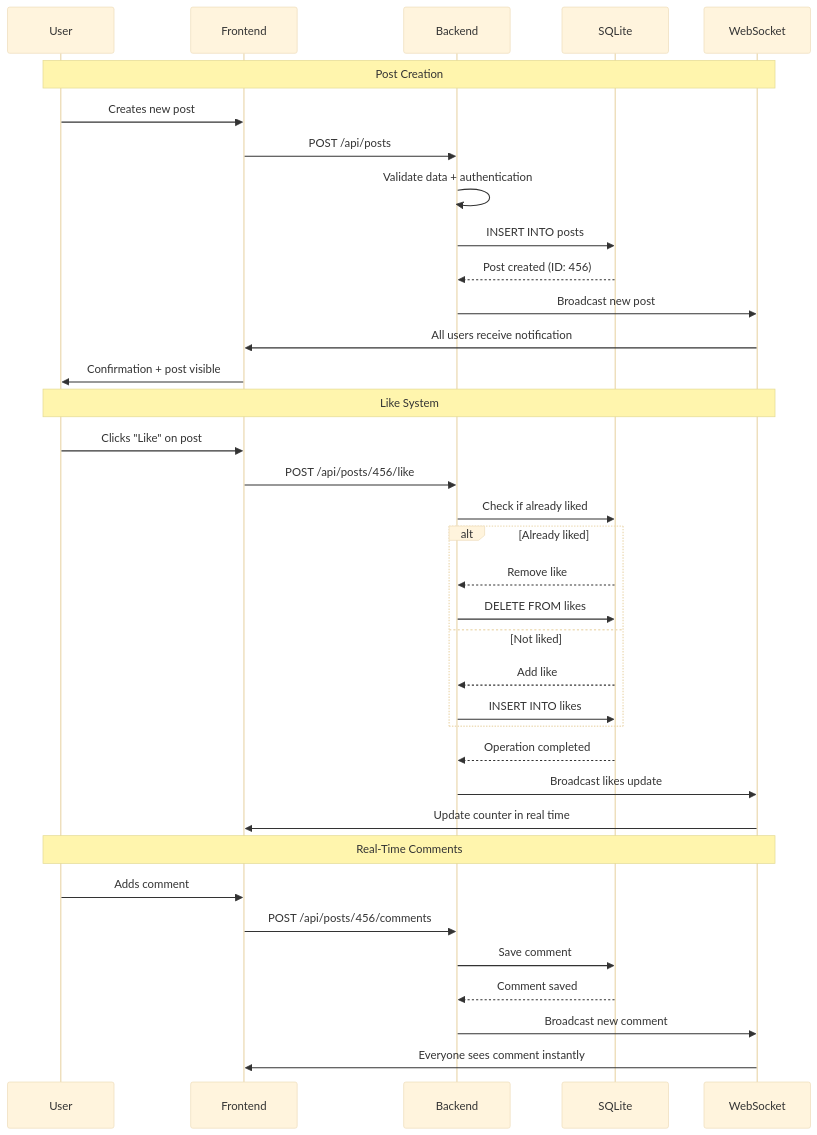
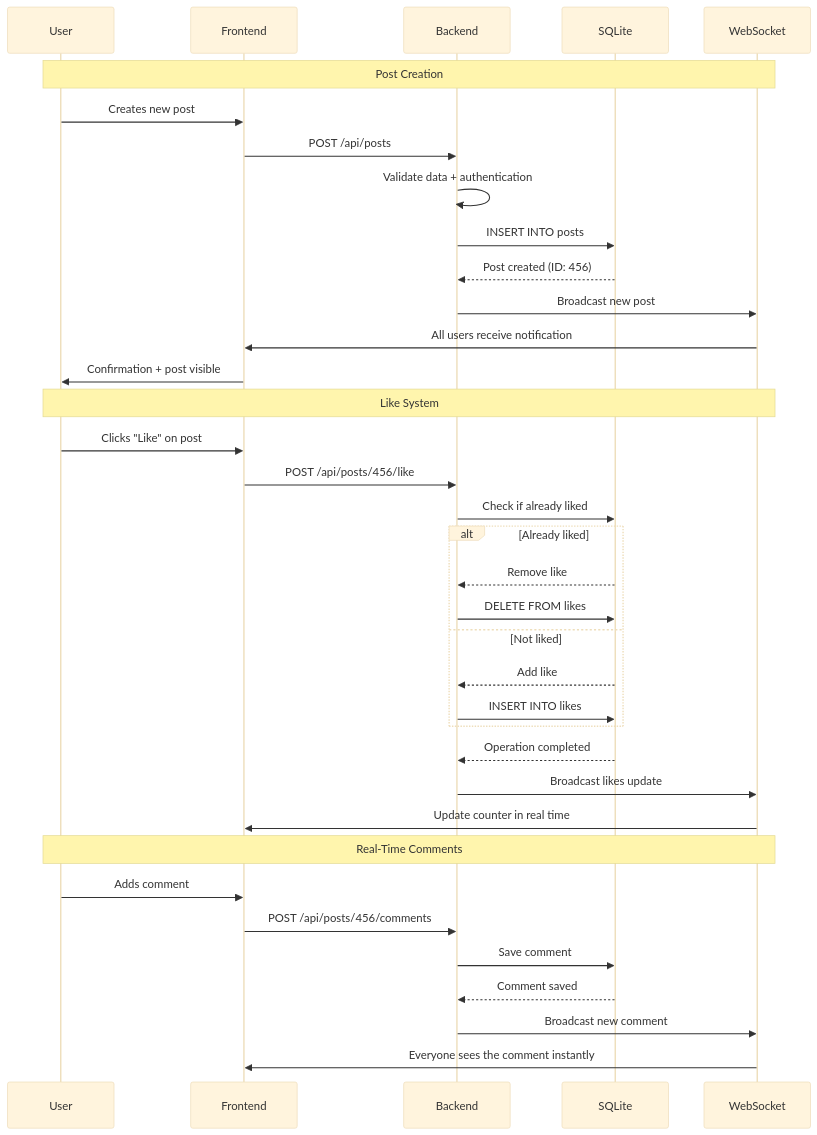
Before and after one commit to wmakeouthill/certificados-wesley: the third of 5 diagrams in portfolio-content/projects/aa_space-english.md, drawn with Mermaid (base theme). The commit also changed other lines of this file and 8 other files, not shown here.

````diff
--- a/portfolio-content/projects/aa_space-english.md
+++ b/portfolio-content/projects/aa_space-english.md
@@ -84,45 +84,45 @@
 ```mermaid
-%%{title: "Forum Flow with Interactions"}%%
+%%{title: "Fluxo do Sistema de Fórum com Interações"}%%
 sequenceDiagram
     participant U as User
     participant F as Frontend
     participant B as Backend
     participant DB as SQLite
     participant WS as WebSocket
     
     Note over U,WS: Post Creation
     
     U->>F: Creates new post
     F->>B: POST /api/posts
     B->>B: Validate data + authentication
     B->>DB: INSERT INTO posts
     DB-->>B: Post created (ID: 456)
     B->>WS: Broadcast new post
     WS->>F: All users receive notification
     F->>U: Confirmation + post visible
     
     Note over U,WS: Like System
     
     U->>F: Clicks "Like" on post
     F->>B: POST /api/posts/456/like
     B->>DB: Check if already liked
     alt Already liked
         DB-->>B: Remove like
         B->>DB: DELETE FROM likes
     else Not liked
         DB-->>B: Add like
         B->>DB: INSERT INTO likes
     end
     DB-->>B: Operation completed
     B->>WS: Broadcast likes update
     WS->>F: Update counter in real time
     
     Note over U,WS: Real-Time Comments
     
     U->>F: Adds comment
     F->>B: POST /api/posts/456/comments
     B->>DB: Save comment
     DB-->>B: Comment saved
     B->>WS: Broadcast new comment
-    WS->>F: Everyone sees comment instantly
+    WS->>F: Everyone sees the comment instantly
 ```
````
